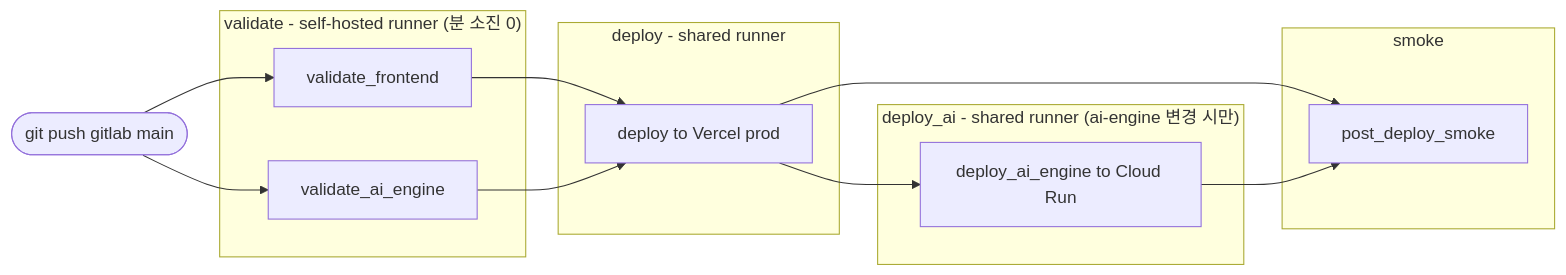
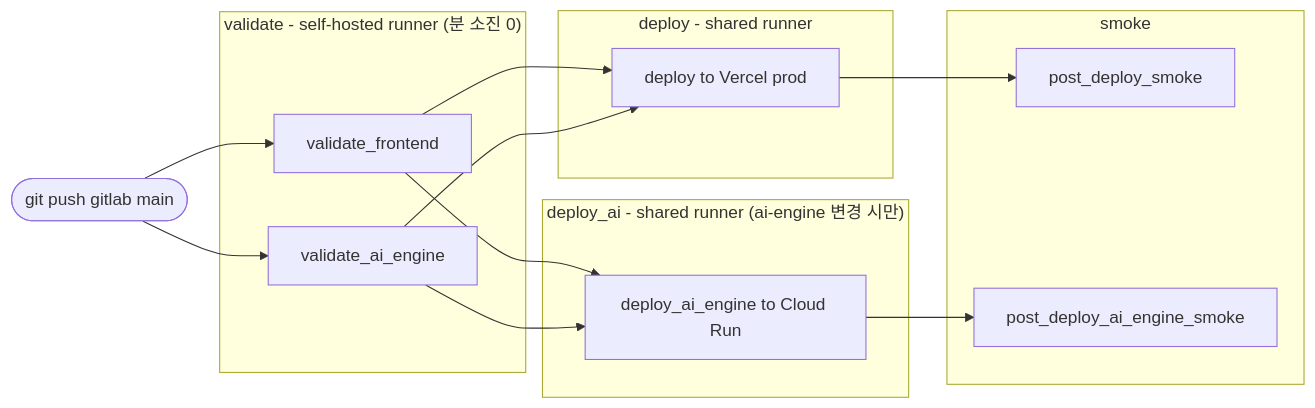
The diagram in docs/development/ci-cd.md (skyasu2/openmanager-ai), drawn with Mermaid before and after one commit. The commit also changed other lines of this file and 2 other files, not shown here.

Commit message:
feat(ci): add ai-engine post-deploy smoke gate

````diff
--- a/docs/development/ci-cd.md
+++ b/docs/development/ci-cd.md
@@ -17,26 +17,28 @@
 ```mermaid
 flowchart LR
     push([git push gitlab main])
 
     subgraph validate["validate - self-hosted runner (분 소진 0)"]
         vfe[validate_frontend]
         vai[validate_ai_engine]
     end
 
     subgraph deploy_stage["deploy - shared runner"]
         dep[deploy to Vercel prod]
     end
 
     subgraph deploy_ai_stage["deploy_ai - shared runner (ai-engine 변경 시만)"]
         dai[deploy_ai_engine to Cloud Run]
     end
 
     subgraph smoke_stage["smoke"]
-        smk[post_deploy_smoke]
+        smkfe[post_deploy_smoke]
+        smkai[post_deploy_ai_engine_smoke]
     end
 
     push --> vfe & vai
     vfe & vai --> dep
-    dep --> dai & smk
-    dai --> smk
+    vfe & vai --> dai
+    dep --> smkfe
+    dai --> smkai
 ```
````
